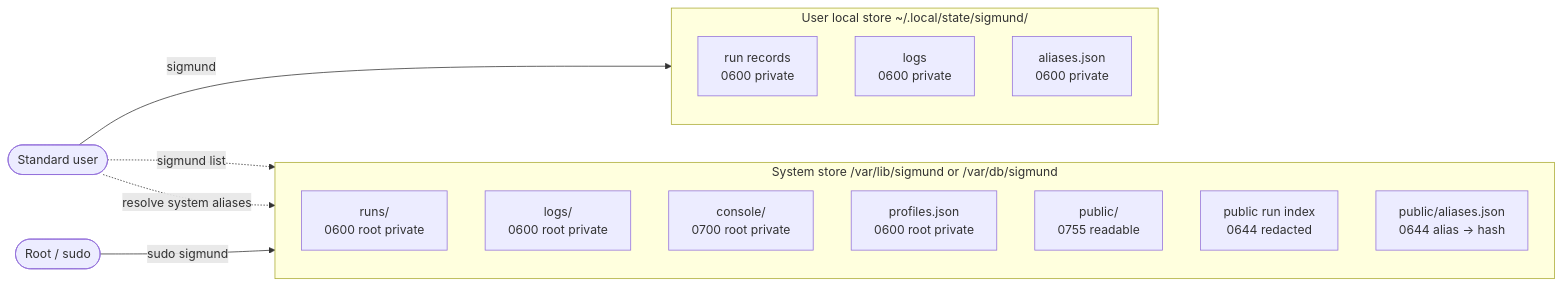
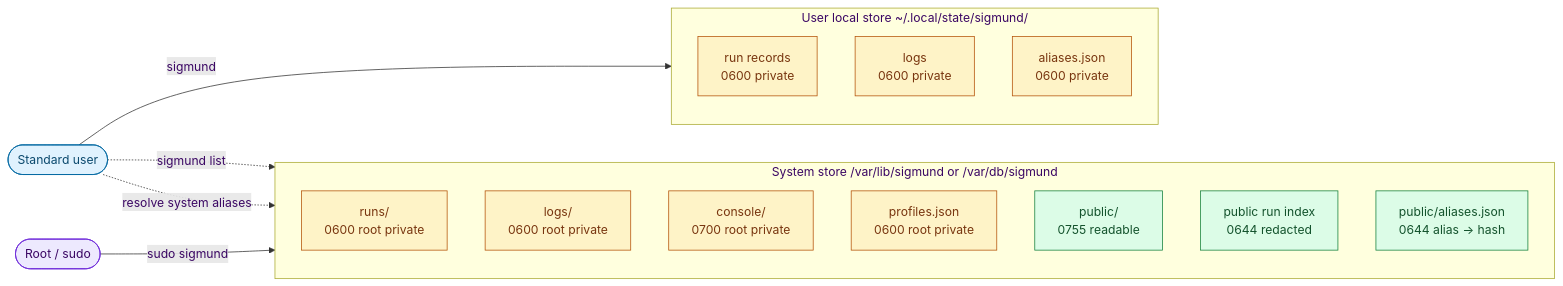
The second of 4 diagrams in README.md (RchGrav/onhold), drawn with Mermaid before and after one commit. The commit also changed other lines of this file and 13 other files, not shown here.

````diff
--- a/README.md
+++ b/README.md
@@ -212,28 +222,37 @@
 ```mermaid
 flowchart LR
     User(["Standard user"])
     Admin(["Root / sudo"])
 
     subgraph UserStore["User local store   ~/.local/state/sigmund/"]
         direction TB
         UR["run records<br/>0600 private"]
         UL["logs<br/>0600 private"]
         UA["aliases.json<br/>0600 private"]
     end
 
     subgraph SystemStore["System store   /var/lib/sigmund or /var/db/sigmund"]
         direction TB
         SR["runs/<br/>0600 root private"]
         SL["logs/<br/>0600 root private"]
         SC["console/<br/>0700 root private"]
         SP["profiles.json<br/>0600 root private"]
         Public["public/<br/>0755 readable"]
         SI["public run index<br/>0644 redacted"]
         SA["public/aliases.json<br/>0644 alias -> hash"]
     end
 
     User -->|"sigmund <cmd>"| UserStore
     Admin -->|"sudo sigmund <cmd>"| SystemStore
     User -.->|"sigmund list"| SI
     User -.->|"resolve system aliases"| SA
+
+    classDef user fill:#e0f2fe,stroke:#0369a1,color:#0c4a6e
+    classDef private fill:#fef3c7,stroke:#b45309,color:#78350f
+    classDef root fill:#ede9fe,stroke:#6d28d9,color:#3b0764
+    classDef public fill:#dcfce7,stroke:#15803d,color:#14532d
+    class User user
+    class Admin root
+    class UR,UL,UA,SR,SL,SC,SP private
+    class Public,SI,SA public
 ```
````
